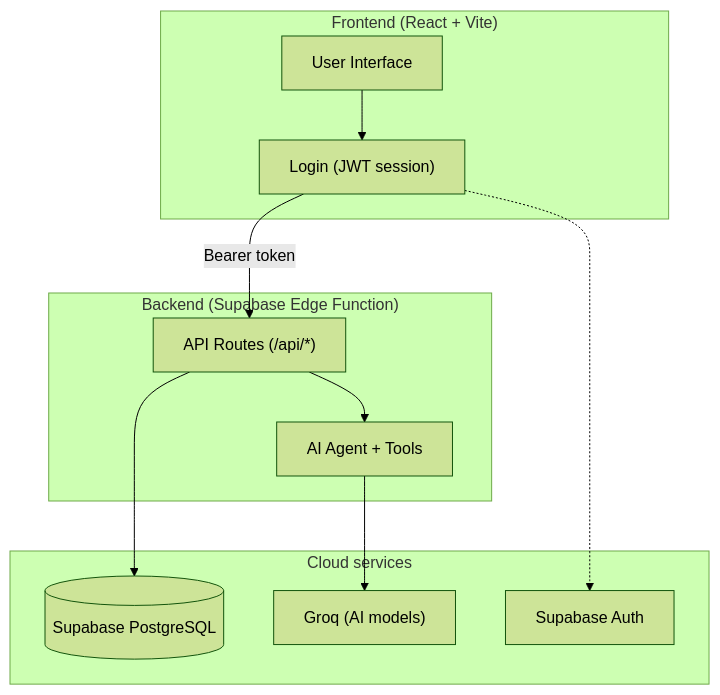
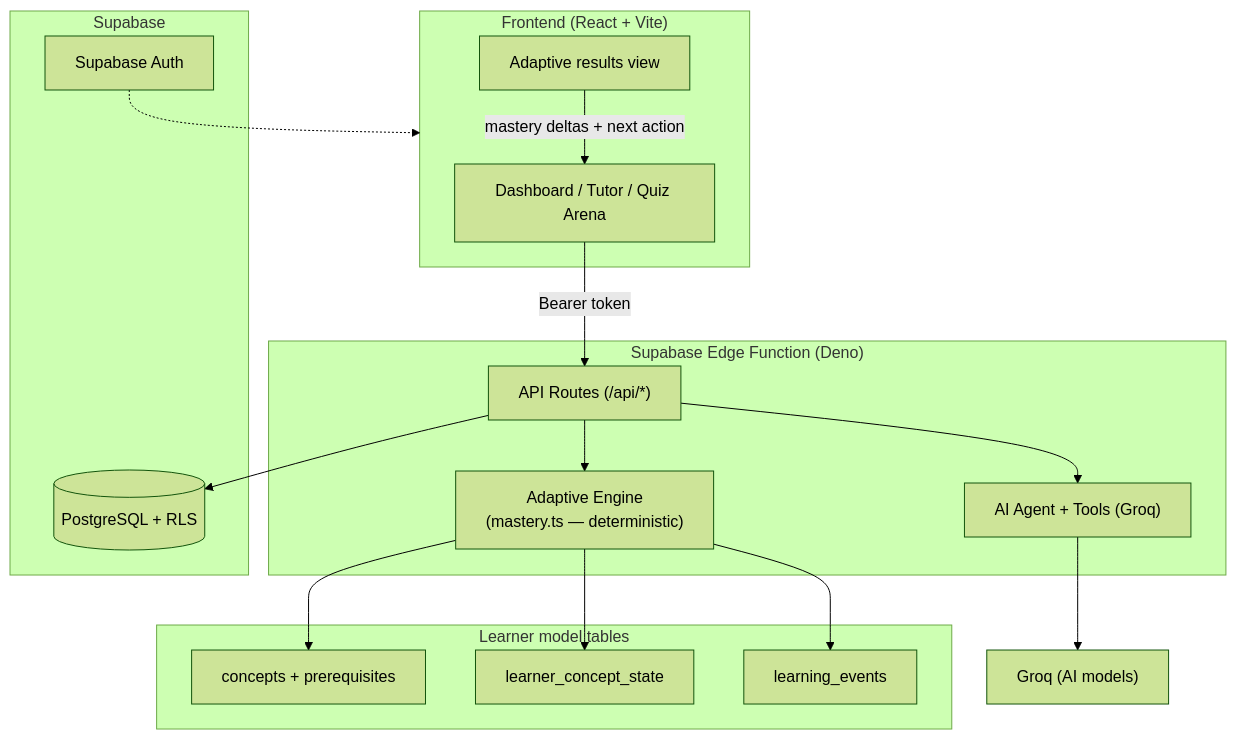
One commit to aadisthunder/pragati changed the second of 2 diagrams in README.md. Above: the diagram before and after it, drawn with Mermaid (forest theme). The commit also changed other lines of this file and 19 other files, not shown here.

First line of the commit message:
feat: adaptive mastery engine with deterministic decision core and judge demo

````diff
--- a/README.md
+++ b/README.md
@@ -79,25 +98,33 @@
 ```mermaid
 graph TD
     subgraph Client ["Frontend (React + Vite)"]
-        UI["User Interface"]
-        Auth["Login (JWT session)"]
+        UI["Dashboard / Tutor / Quiz Arena"]
+        Results["Adaptive results view"]
     end
 
-    subgraph Backend ["Backend (Supabase Edge Function)"]
+    subgraph Edge ["Supabase Edge Function (Deno)"]
         Router["API Routes (/api/*)"]
-        Agent["AI Agent + Tools"]
+        Agent["AI Agent + Tools (Groq)"]
+        Adapt["Adaptive Engine<br/>(mastery.ts — deterministic)"]
     end
 
-    subgraph External ["Cloud services"]
-        Groq["Groq (AI models)"]
-        SupaAuth["Supabase Auth"]
-        SupaDB[("Supabase PostgreSQL")]
+    subgraph Data ["Supabase"]
+        DB[("PostgreSQL + RLS")]
+        Auth["Supabase Auth"]
     end
 
-    UI --> Auth
-    Auth -->|"Bearer token"| Router
-    Router --> SupaDB
+    subgraph Model ["Learner model tables"]
+        C["concepts + prerequisites"]
+        L["learner_concept_state"]
+        E["learning_events"]
+    end
+
+    UI -->|"Bearer token"| Router
     Router --> Agent
-    Agent --> Groq
-    Auth -.-> SupaAuth
+    Agent --> Groq["Groq (AI models)"]
+    Router --> Adapt
+    Adapt --> C & L & E
+    Router --> DB
+    Results -->|"mastery deltas + next action"| UI
+    Auth -.-> Client
 ```
````
